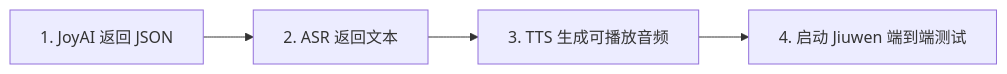
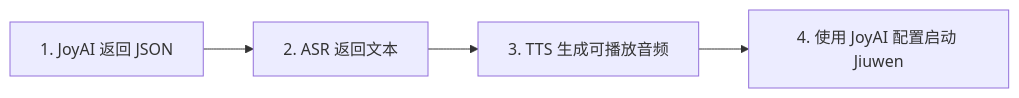
The fifth of 9 diagrams in docs/zh/视频直播.md (openJiuwen-ai/jiuwenclaw), drawn with Mermaid before and after one commit. The commit also changed other lines of this file and 30 other files, not shown here.

````diff
--- a/docs/zh/视频直播.md
+++ b/docs/zh/视频直播.md
@@ -269,6 +324,6 @@
 ```mermaid
 flowchart LR
     A["1. JoyAI 返回 JSON"] --> B["2. ASR 返回文本"]
     B --> C["3. TTS 生成可播放音频"]
-    C --> D["4. 启动 Jiuwen 端到端测试"]
+    C --> D["4. 使用 JoyAI 配置启动 Jiuwen"]
 ```
````
